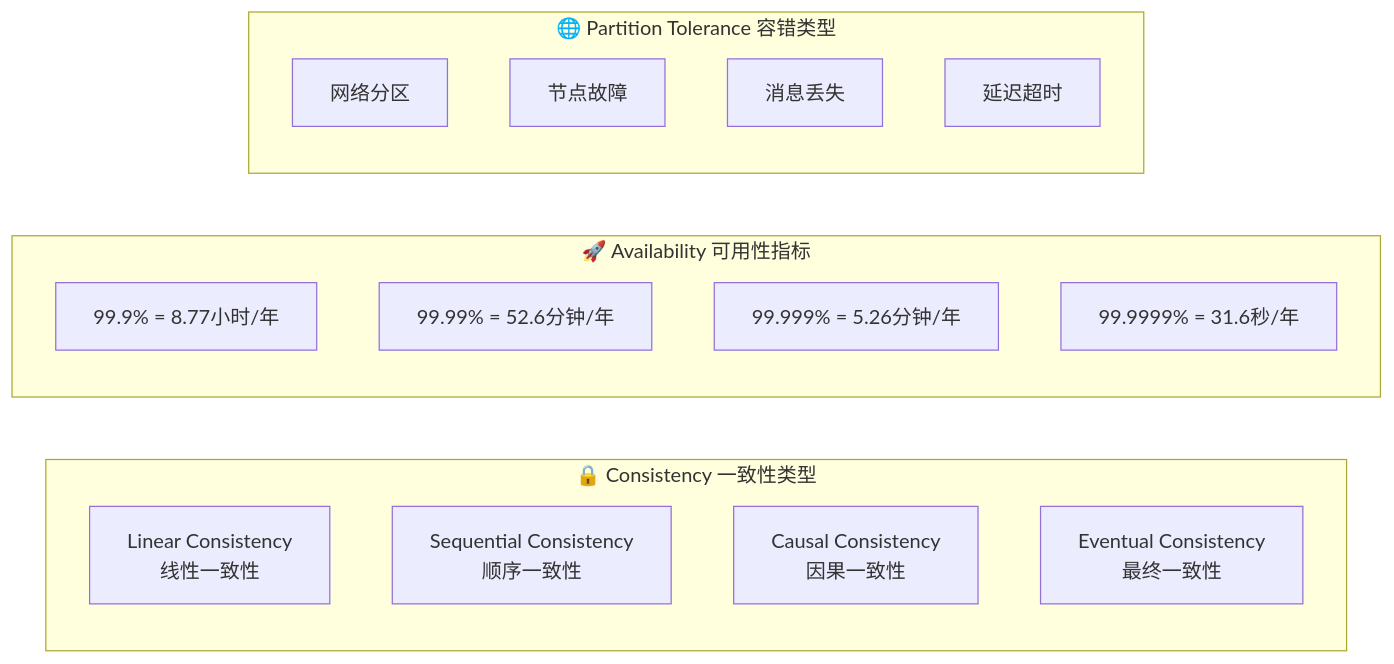
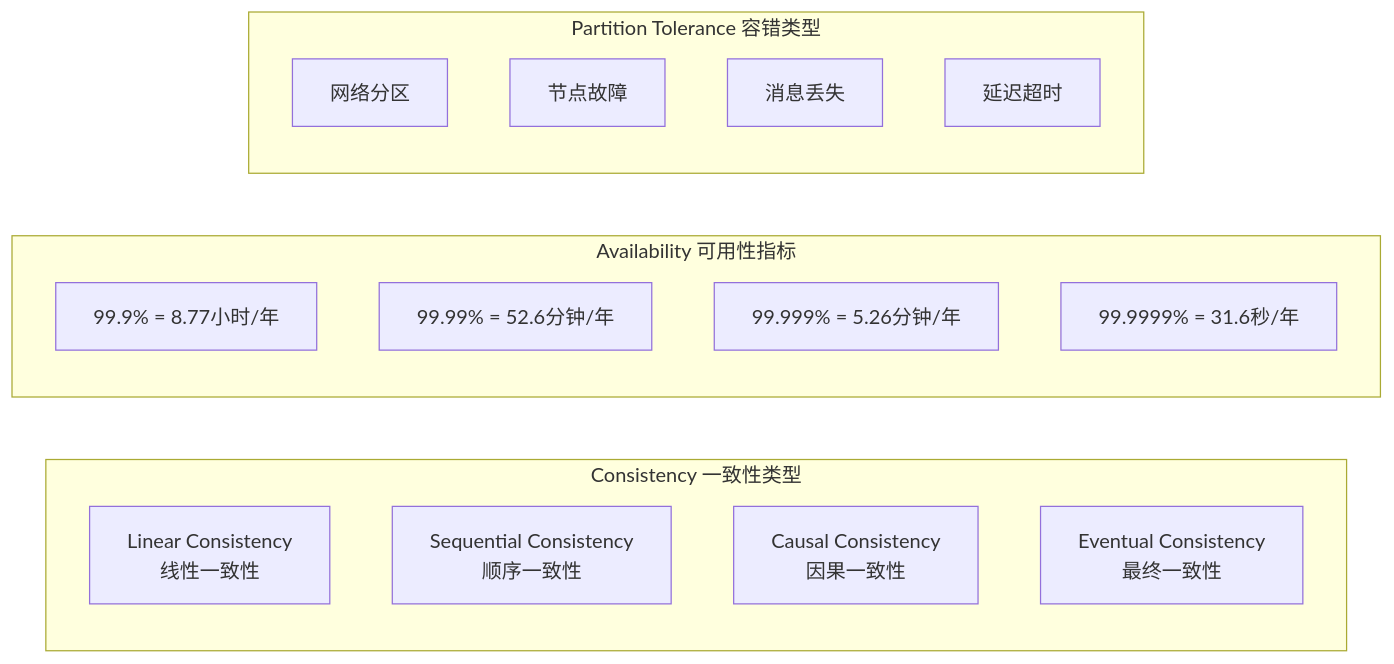
One commit to jsalessandro/lesshash changed the second of 4 diagrams in content/posts/distributed-02-cap-theorem.md. Above: the diagram before and after it, drawn with Mermaid. The commit also changed other lines of this file and 1 other file, not shown here.

First line of the commit message:
fix: Completely resolve Mermaid diagram rendering issues

````diff
--- a/content/posts/distributed-02-cap-theorem.md
+++ b/content/posts/distributed-02-cap-theorem.md
@@ -59,23 +59,23 @@
 ```mermaid
 flowchart LR
-    subgraph "🔒 Consistency 一致性类型"
+    subgraph ConsistencyTypes ["Consistency 一致性类型"]
         C1[Linear Consistency<br/>线性一致性]
         C2[Sequential Consistency<br/>顺序一致性]
         C3[Causal Consistency<br/>因果一致性]
         C4[Eventual Consistency<br/>最终一致性]
     end
 
-    subgraph "🚀 Availability 可用性指标"
+    subgraph AvailabilityMetrics ["Availability 可用性指标"]
         A1[99.9% = 8.77小时/年]
         A2[99.99% = 52.6分钟/年]
         A3[99.999% = 5.26分钟/年]
         A4[99.9999% = 31.6秒/年]
     end
 
-    subgraph "🌐 Partition Tolerance 容错类型"
+    subgraph PartitionTypes ["Partition Tolerance 容错类型"]
         P1[网络分区]
         P2[节点故障]
         P3[消息丢失]
         P4[延迟超时]
     end
 ```
````
